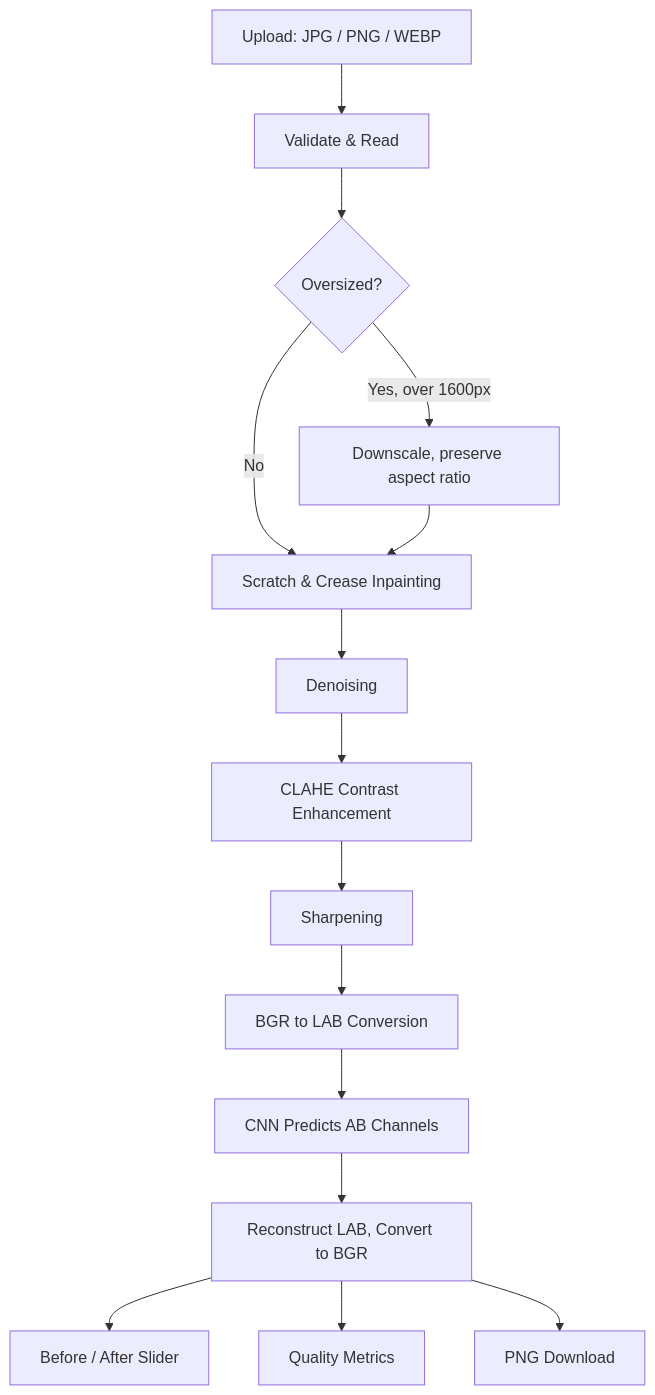
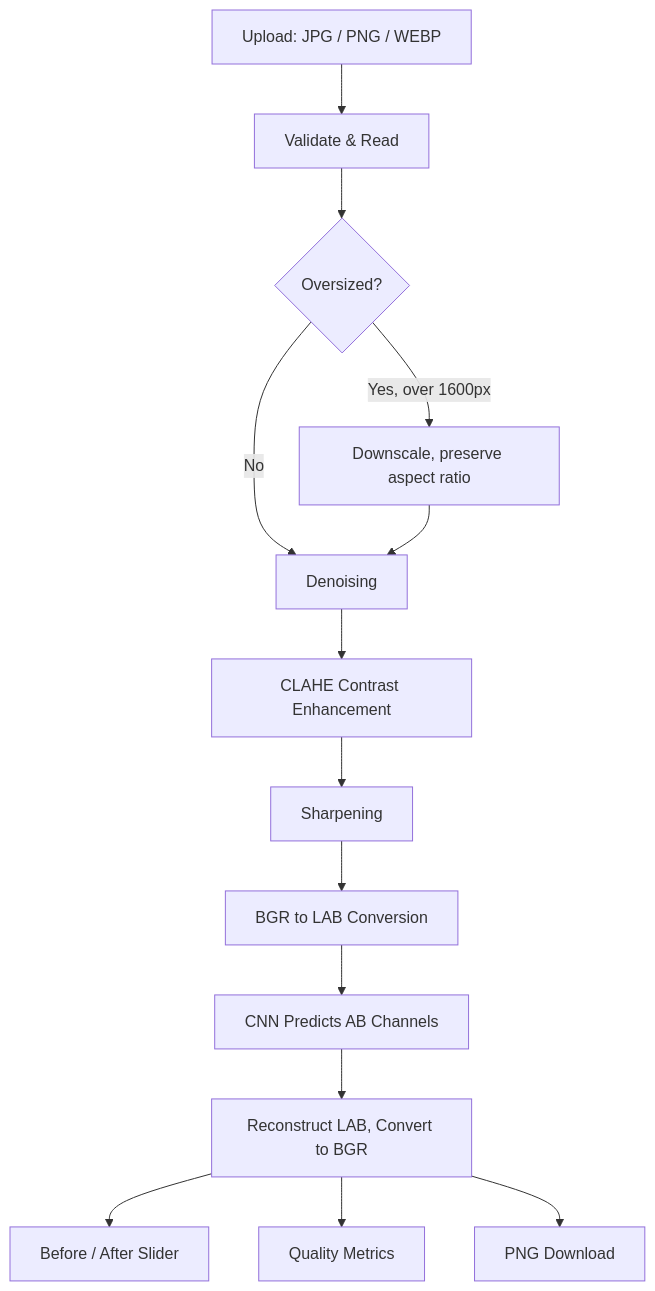
One commit to RohitRadhakrishnanRR/PixelRevive-AI changed the diagram in README.md. Above: the diagram before and after it, drawn with Mermaid. The commit also changed other lines of this file and 14 other files, not shown here.

````diff
--- a/README.md
+++ b/README.md
@@ -32,17 +30,16 @@
 ```mermaid
 flowchart TD
     A[Upload: JPG / PNG / WEBP] --> B[Validate & Read]
     B --> C{Oversized?}
     C -->|"Yes, over 1600px"| D[Downscale, preserve aspect ratio]
-    C -->|No| E0[Scratch & Crease Inpainting]
-    D --> E0
-    E0 --> E[Denoising]
+    C -->|No| E[Denoising]
+    D --> E
     E --> F[CLAHE Contrast Enhancement]
     F --> G[Sharpening]
     G --> H[BGR to LAB Conversion]
     H --> I[CNN Predicts AB Channels]
     I --> J[Reconstruct LAB, Convert to BGR]
     J --> K[Before / After Slider]
     J --> L[Quality Metrics]
     J --> M[PNG Download]
 ```
````
